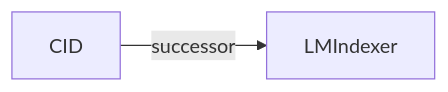
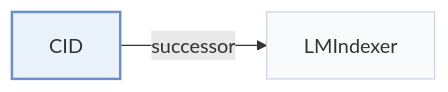
The second of 2 diagrams in pages/papers/cid.md (Galaxy-ghost/Awesome-SID-Generative-Rec), drawn with Mermaid before and after one commit. The commit also changed other lines of this file and 649 other files, not shown here.

Commit message:
writer-05: also tags and modality index (schema, check, build, visuals); summary field removed; calibration data for 12 papers

````diff
--- a/pages/papers/cid.md
+++ b/pages/papers/cid.md
@@ -70,5 +74,9 @@
 ```mermaid
 flowchart LR
     P["CID"]
-    P -->|successor| A["LMIndexer"]
+    P -->|"successor"| A["LMIndexer"]
+    classDef main fill:#eaf2fb,stroke:#6b8fc7,stroke-width:2px
+    classDef peer fill:#f8fafc,stroke:#cbd5e1
+    class P main
+    class A peer
 ```
````
